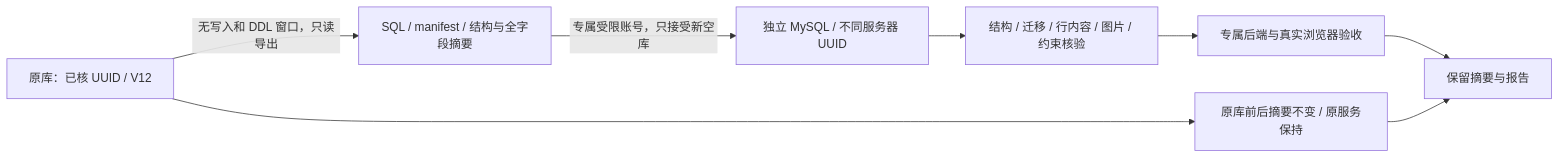
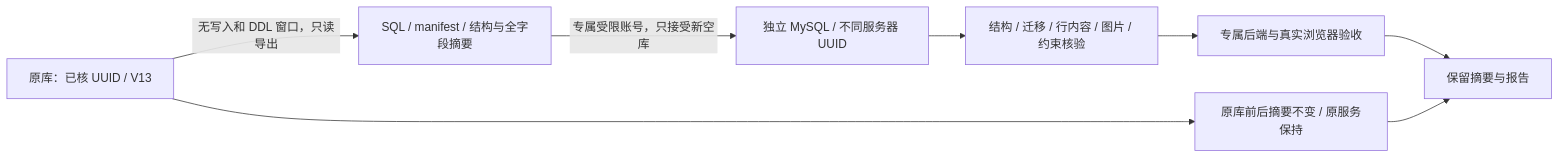
Before and after one commit to GTASDAW/MYCODE: the second of 2 diagrams in docs/architecture.md, drawn with Mermaid. The commit also changed other lines of this file and 63 other files, not shown here.

````diff
--- a/docs/architecture.md
+++ b/docs/architecture.md
@@ -251,10 +257,10 @@
 ```mermaid
 flowchart LR
-    S[原库：已核 UUID / V12] -->|无写入和 DDL 窗口，只读导出| P[SQL / manifest / 结构与全字段摘要]
+    S[原库：已核 UUID / V13] -->|无写入和 DDL 窗口，只读导出| P[SQL / manifest / 结构与全字段摘要]
     P -->|专属受限账号，只接受新空库| T[独立 MySQL / 不同服务器 UUID]
     T --> V[结构 / 迁移 / 行内容 / 图片 / 约束核验]
     V --> A[专属后端与真实浏览器验收]
     S --> C[原库前后摘要不变 / 原服务保持]
     A --> R[保留摘要与报告]
     C --> R
 ```
````
